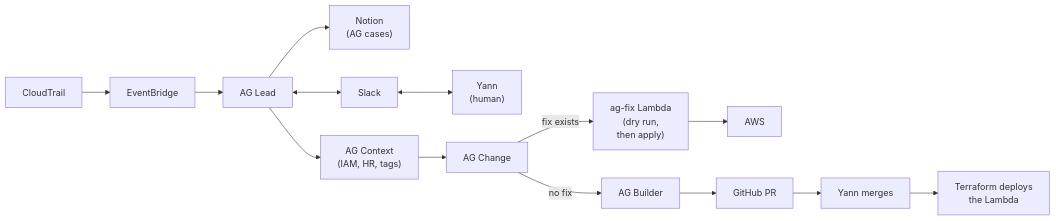
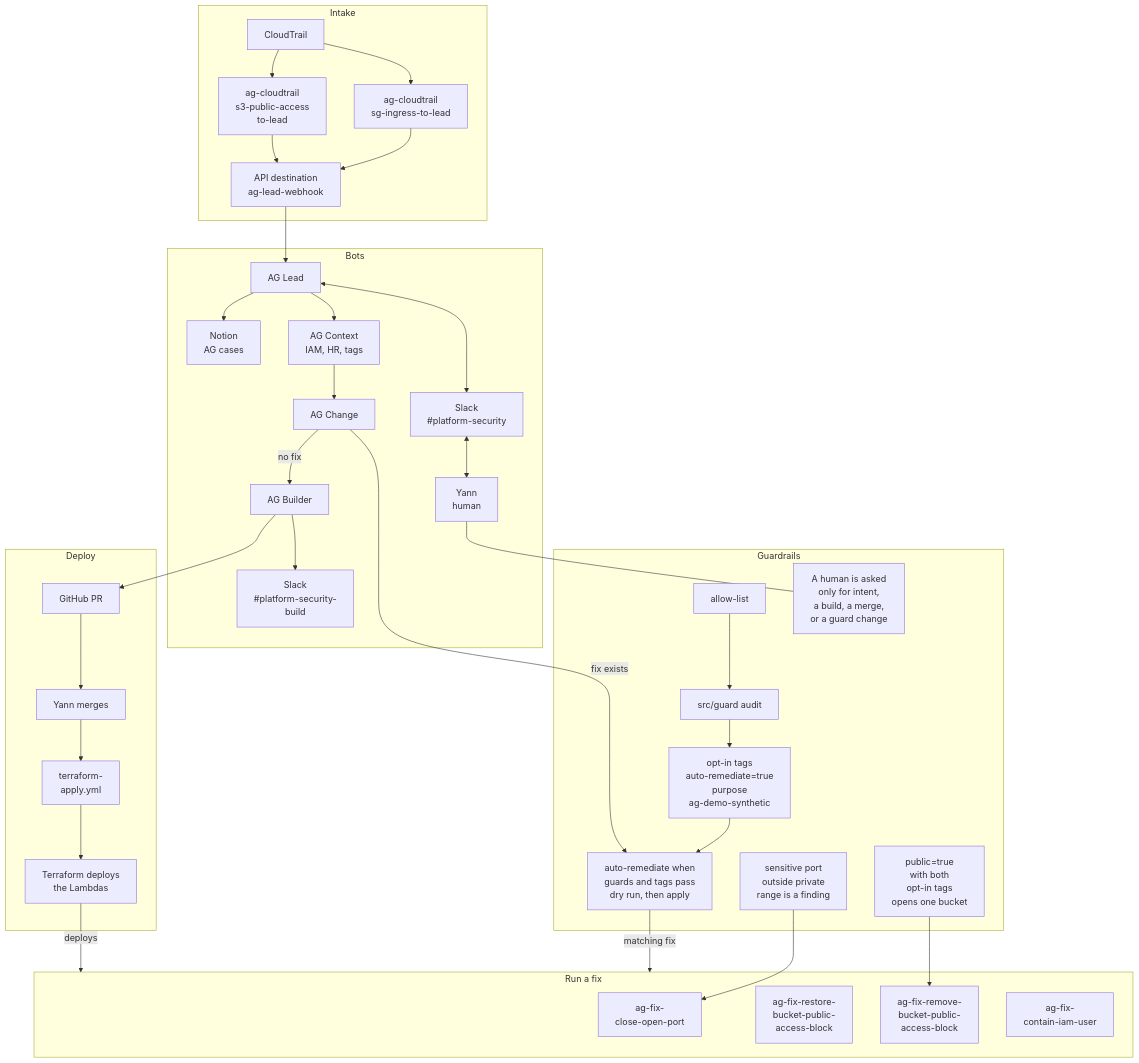
The diagram in README.md (yannhowe/access-guardian), drawn with Mermaid before and after one commit. The commit also changed 3 other files, not shown here.

First line of the commit message:
Restore the vertical flow diagram on the slides and in the README.

````diff
--- a/README.md
+++ b/README.md
@@ -13,9 +13,63 @@
 ```mermaid
-flowchart LR
-  cloudtrail[CloudTrail] --> eventbridge[EventBridge] --> lead[AG Lead]
-  lead --> notion["Notion<br/>(AG cases)"]
-  lead <--> slack[Slack] <--> yann["Yann<br/>(human)"]
-  lead --> context["AG Context<br/>(IAM, HR, tags)"] --> change[AG Change]
-  change -->|fix exists| lambda["ag-fix Lambda<br/>(dry run,<br/>then apply)"] --> aws[AWS]
-  change -->|no fix| builder[AG Builder] --> pr[GitHub PR] --> merges["Yann merges"] --> deploy["Terraform deploys<br/>the Lambda"]
+flowchart TD
+  subgraph intakeBox [Intake]
+    cloudtrail[CloudTrail]
+    sgRule["ag-cloudtrail<br/>sg-ingress-to-lead"]
+    s3Rule["ag-cloudtrail<br/>s3-public-access<br/>to-lead"]
+    apiDest["API destination<br/>ag-lead-webhook"]
+    cloudtrail --> sgRule --> apiDest
+    cloudtrail --> s3Rule --> apiDest
+  end
+
+  subgraph botsBox [Bots]
+    lead[AG Lead]
+    notion["Notion<br/>AG cases"]
+    slackCases["Slack<br/>#platform-security"]
+    context["AG Context<br/>IAM, HR, tags"]
+    changeBot[AG Change]
+    builder[AG Builder]
+    slackBuild["Slack<br/>#platform-security-<br/>build"]
+    yann["Yann<br/>human"]
+  end
+
+  subgraph deployBox [Deploy]
+    pr[GitHub PR]
+    merges[Yann merges]
+    applyWf["terraform-<br/>apply.yml"]
+    terraform["Terraform deploys<br/>the Lambdas"]
+    pr --> merges --> applyWf --> terraform
+  end
+
+  subgraph runBox [Run a fix]
+    closeFn["ag-fix-<br/>close-open-port"]
+    restoreFn["ag-fix-restore-<br/>bucket-public-<br/>access-block"]
+    removeFn["ag-fix-remove-<br/>bucket-public-<br/>access-block"]
+    containFn["ag-fix-<br/>contain-iam-user"]
+  end
+
+  subgraph gatesBox [Guardrails]
+    allowList[allow-list]
+    guardAudit["src/guard audit"]
+    optIn["opt-in tags<br/>auto-remediate=true<br/>purpose<br/>ag-demo-synthetic"]
+    portRule["sensitive port<br/>outside private<br/>range is a finding"]
+    publicTag["public=true<br/>with both<br/>opt-in tags<br/>opens one bucket"]
+    autoRun["auto-remediate when<br/>guards and tags pass<br/>dry run, then apply"]
+    humanAsk["A human is asked<br/>only for intent,<br/>a build, a merge,<br/>or a guard change"]
+    allowList --> guardAudit --> optIn --> autoRun
+  end
+
+  apiDest --> lead
+  lead --> notion
+  lead <--> slackCases
+  slackCases <--> yann
+  yann --- humanAsk
+  lead --> context --> changeBot
+  changeBot -->|"fix exists"| autoRun
+  autoRun -->|"matching fix"| runBox
+  changeBot -->|"no fix"| builder
+  builder --> slackBuild
+  builder --> pr
+  terraform -->|"deploys"| runBox
+  portRule --> closeFn
+  publicTag --> removeFn
 ```
````
